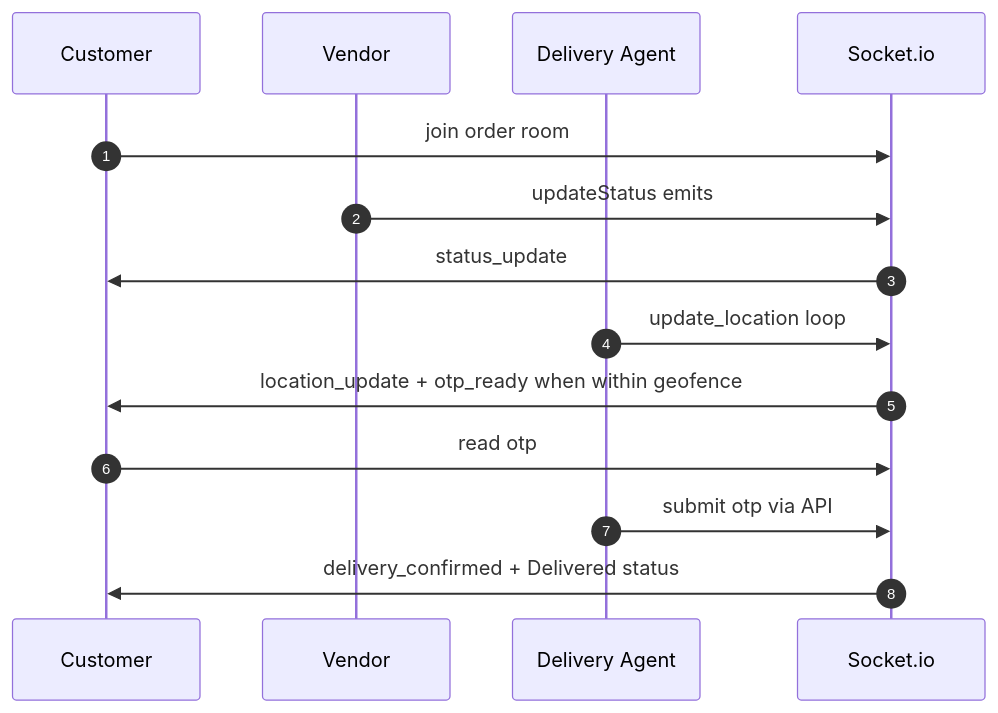
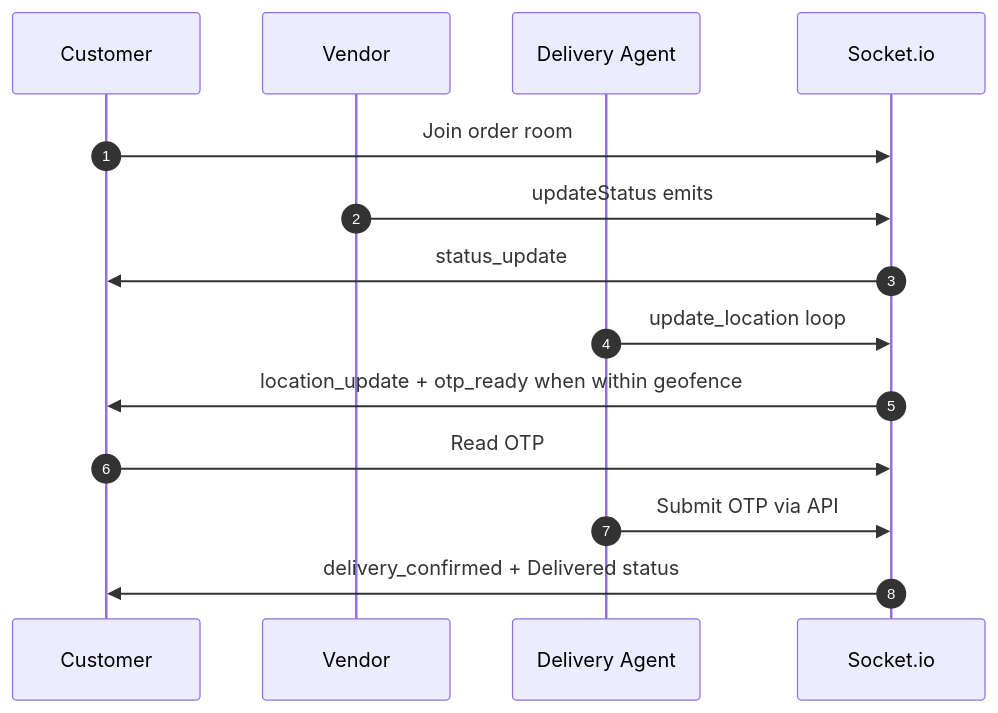
One commit to vid0326/QBFood changed the third of 7 diagrams in Readme.md. Above: the diagram before and after it, drawn with Mermaid. The commit also changed other lines of this file, not shown here.

````diff
--- a/Readme.md
+++ b/Readme.md
@@ -61,18 +61,18 @@
 ```mermaid
 sequenceDiagram
   autonumber
   participant Cust as Customer
   participant Vend as Vendor
   participant Agent as Delivery Agent
   participant Socket as Socket.io
 
-  Cust->>Socket: join order room
+  Cust->>Socket: Join order room
   Vend->>Socket: updateStatus emits
   Socket->>Cust: status_update
 
   Agent->>Socket: update_location loop
   Socket->>Cust: location_update + otp_ready when within geofence
-  Cust->>Socket: read otp
-  Agent->>Socket: submit otp via API
+  Cust->>Socket: Read OTP
+  Agent->>Socket: Submit OTP via API
   Socket->>Cust: delivery_confirmed + Delivered status
 ```
````
